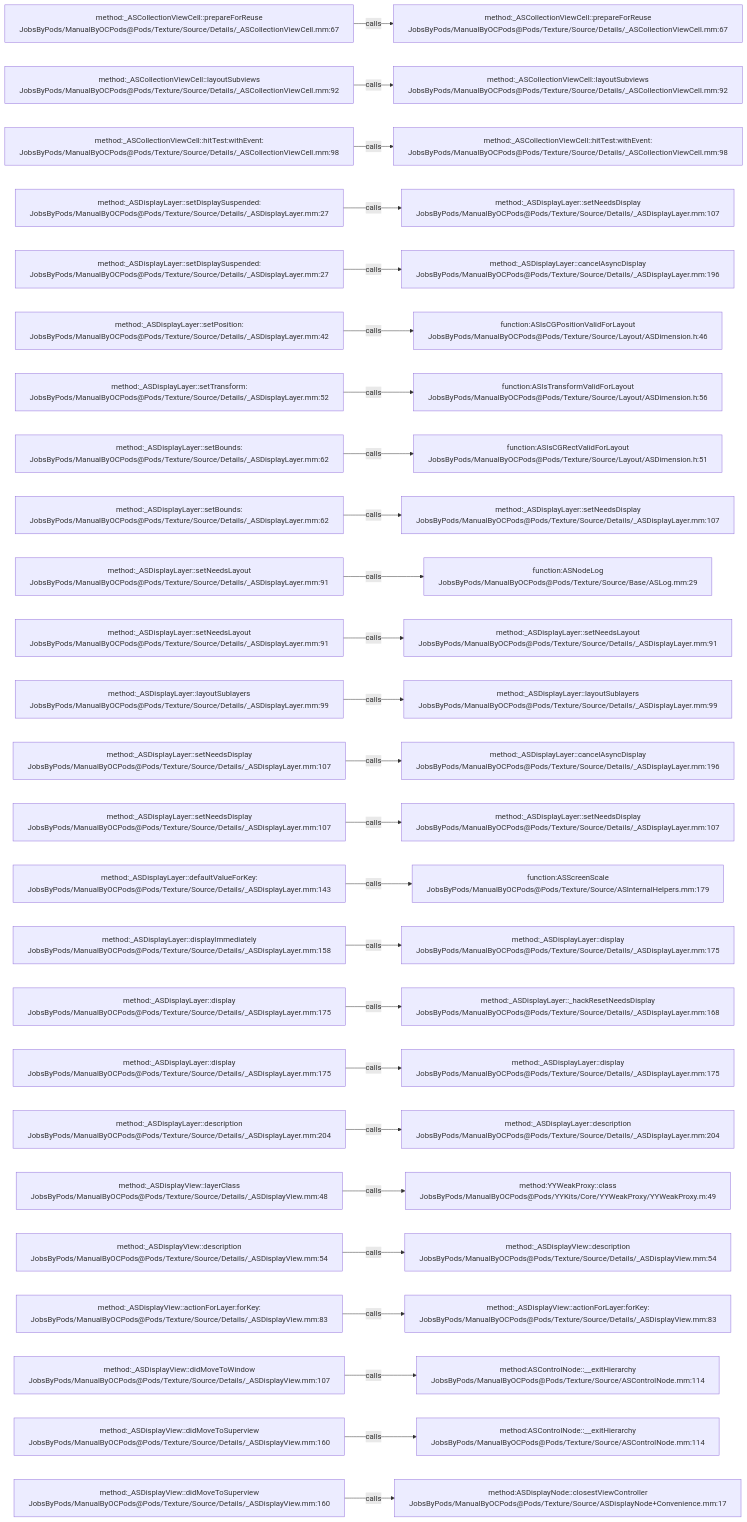
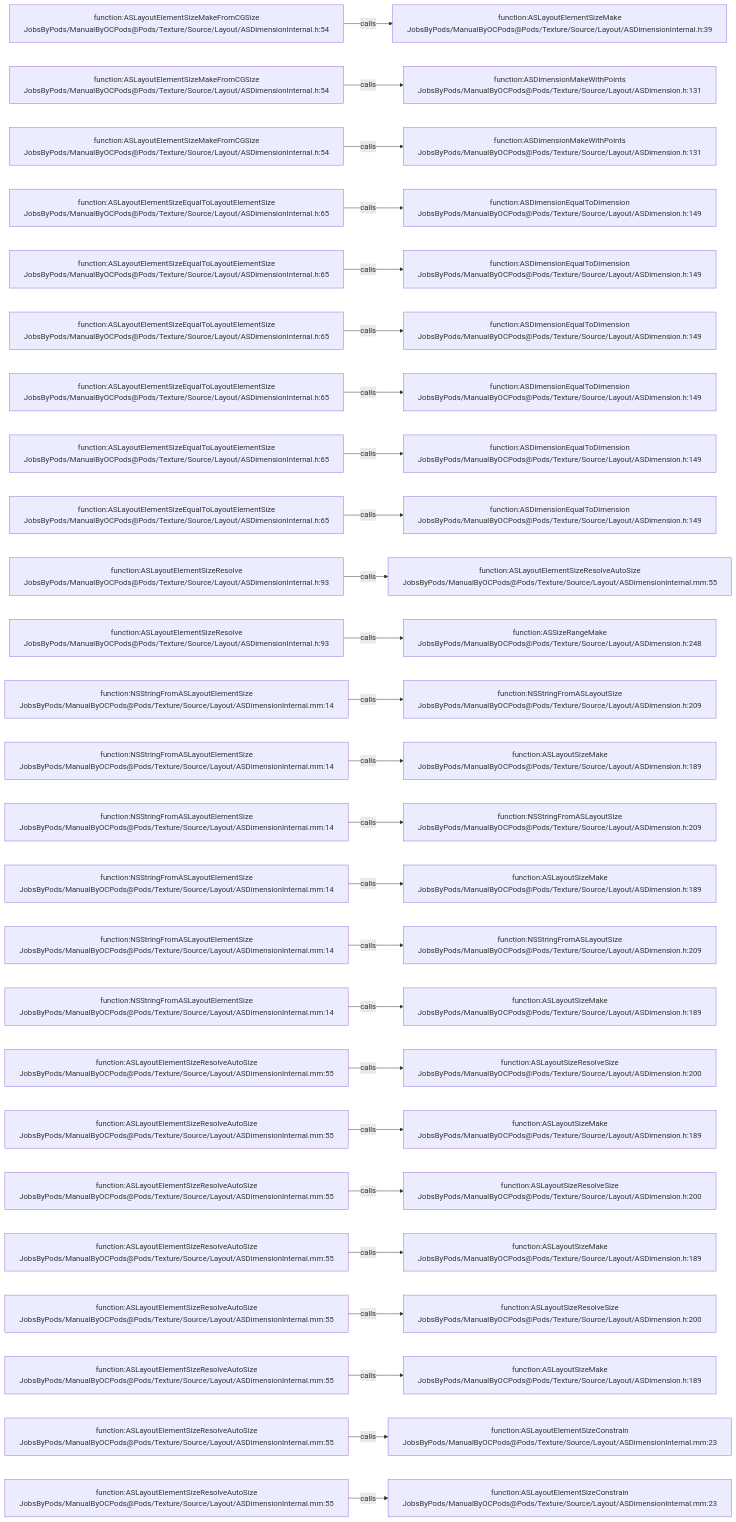
Before and after one commit to JobsKits/JobsOCBaseConfigDemo: the diagram in .codegraph/codegraph.md/graphs/calls-169.md, drawn with Mermaid. The commit also changed 1448 other files, not shown here.

````diff
--- a/.codegraph/codegraph.md/graphs/calls-169.md
+++ b/.codegraph/codegraph.md/graphs/calls-169.md
@@ -13,78 +13,78 @@
 ```mermaid
 flowchart LR
-  S1["method:_ASCollectionViewCell::prepareForReuse<br/>JobsByPods/ManualByOCPods@Pods/Texture/Source/Details/_ASCollectionViewCell.mm:67"]
-  T1["method:_ASCollectionViewCell::prepareForReuse<br/>JobsByPods/ManualByOCPods@Pods/Texture/Source/Details/_ASCollectionViewCell.mm:67"]
+  S1["function:ASLayoutElementSizeMakeFromCGSize<br/>JobsByPods/ManualByOCPods@Pods/Texture/Source/Layout/ASDimensionInternal.h:54"]
+  T1["function:ASLayoutElementSizeMake<br/>JobsByPods/ManualByOCPods@Pods/Texture/Source/Layout/ASDimensionInternal.h:39"]
   S1 -->|calls| T1
-  S2["method:_ASCollectionViewCell::layoutSubviews<br/>JobsByPods/ManualByOCPods@Pods/Texture/Source/Details/_ASCollectionViewCell.mm:92"]
-  T2["method:_ASCollectionViewCell::layoutSubviews<br/>JobsByPods/ManualByOCPods@Pods/Texture/Source/Details/_ASCollectionViewCell.mm:92"]
+  S2["function:ASLayoutElementSizeMakeFromCGSize<br/>JobsByPods/ManualByOCPods@Pods/Texture/Source/Layout/ASDimensionInternal.h:54"]
+  T2["function:ASDimensionMakeWithPoints<br/>JobsByPods/ManualByOCPods@Pods/Texture/Source/Layout/ASDimension.h:131"]
   S2 -->|calls| T2
-  S3["method:_ASCollectionViewCell::hitTest:withEvent:<br/>JobsByPods/ManualByOCPods@Pods/Texture/Source/Details/_ASCollectionViewCell.mm:98"]
-  T3["method:_ASCollectionViewCell::hitTest:withEvent:<br/>JobsByPods/ManualByOCPods@Pods/Texture/Source/Details/_ASCollectionViewCell.mm:98"]
+  S3["function:ASLayoutElementSizeMakeFromCGSize<br/>JobsByPods/ManualByOCPods@Pods/Texture/Source/Layout/ASDimensionInternal.h:54"]
+  T3["function:ASDimensionMakeWithPoints<br/>JobsByPods/ManualByOCPods@Pods/Texture/Source/Layout/ASDimension.h:131"]
   S3 -->|calls| T3
-  S4["method:_ASDisplayLayer::setDisplaySuspended:<br/>JobsByPods/ManualByOCPods@Pods/Texture/Source/Details/_ASDisplayLayer.mm:27"]
-  T4["method:_ASDisplayLayer::setNeedsDisplay<br/>JobsByPods/ManualByOCPods@Pods/Texture/Source/Details/_ASDisplayLayer.mm:107"]
+  S4["function:ASLayoutElementSizeEqualToLayoutElementSize<br/>JobsByPods/ManualByOCPods@Pods/Texture/Source/Layout/ASDimensionInternal.h:65"]
+  T4["function:ASDimensionEqualToDimension<br/>JobsByPods/ManualByOCPods@Pods/Texture/Source/Layout/ASDimension.h:149"]
   S4 -->|calls| T4
-  S5["method:_ASDisplayLayer::setDisplaySuspended:<br/>JobsByPods/ManualByOCPods@Pods/Texture/Source/Details/_ASDisplayLayer.mm:27"]
-  T5["method:_ASDisplayLayer::cancelAsyncDisplay<br/>JobsByPods/ManualByOCPods@Pods/Texture/Source/Details/_ASDisplayLayer.mm:196"]
+  S5["function:ASLayoutElementSizeEqualToLayoutElementSize<br/>JobsByPods/ManualByOCPods@Pods/Texture/Source/Layout/ASDimensionInternal.h:65"]
+  T5["function:ASDimensionEqualToDimension<br/>JobsByPods/ManualByOCPods@Pods/Texture/Source/Layout/ASDimension.h:149"]
   S5 -->|calls| T5
-  S6["method:_ASDisplayLayer::setPosition:<br/>JobsByPods/ManualByOCPods@Pods/Texture/Source/Details/_ASDisplayLayer.mm:42"]
-  T6["function:ASIsCGPositionValidForLayout<br/>JobsByPods/ManualByOCPods@Pods/Texture/Source/Layout/ASDimension.h:46"]
+  S6["function:ASLayoutElementSizeEqualToLayoutElementSize<br/>JobsByPods/ManualByOCPods@Pods/Texture/Source/Layout/ASDimensionInternal.h:65"]
+  T6["function:ASDimensionEqualToDimension<br/>JobsByPods/ManualByOCPods@Pods/Texture/Source/Layout/ASDimension.h:149"]
   S6 -->|calls| T6
-  S7["method:_ASDisplayLayer::setTransform:<br/>JobsByPods/ManualByOCPods@Pods/Texture/Source/Details/_ASDisplayLayer.mm:52"]
-  T7["function:ASIsTransformValidForLayout<br/>JobsByPods/ManualByOCPods@Pods/Texture/Source/Layout/ASDimension.h:56"]
+  S7["function:ASLayoutElementSizeEqualToLayoutElementSize<br/>JobsByPods/ManualByOCPods@Pods/Texture/Source/Layout/ASDimensionInternal.h:65"]
+  T7["function:ASDimensionEqualToDimension<br/>JobsByPods/ManualByOCPods@Pods/Texture/Source/Layout/ASDimension.h:149"]
   S7 -->|calls| T7
-  S8["method:_ASDisplayLayer::setBounds:<br/>JobsByPods/ManualByOCPods@Pods/Texture/Source/Details/_ASDisplayLayer.mm:62"]
-  T8["function:ASIsCGRectValidForLayout<br/>JobsByPods/ManualByOCPods@Pods/Texture/Source/Layout/ASDimension.h:51"]
+  S8["function:ASLayoutElementSizeEqualToLayoutElementSize<br/>JobsByPods/ManualByOCPods@Pods/Texture/Source/Layout/ASDimensionInternal.h:65"]
+  T8["function:ASDimensionEqualToDimension<br/>JobsByPods/ManualByOCPods@Pods/Texture/Source/Layout/ASDimension.h:149"]
   S8 -->|calls| T8
-  S9["method:_ASDisplayLayer::setBounds:<br/>JobsByPods/ManualByOCPods@Pods/Texture/Source/Details/_ASDisplayLayer.mm:62"]
-  T9["method:_ASDisplayLayer::setNeedsDisplay<br/>JobsByPods/ManualByOCPods@Pods/Texture/Source/Details/_ASDisplayLayer.mm:107"]
+  S9["function:ASLayoutElementSizeEqualToLayoutElementSize<br/>JobsByPods/ManualByOCPods@Pods/Texture/Source/Layout/ASDimensionInternal.h:65"]
+  T9["function:ASDimensionEqualToDimension<br/>JobsByPods/ManualByOCPods@Pods/Texture/Source/Layout/ASDimension.h:149"]
   S9 -->|calls| T9
-  S10["method:_ASDisplayLayer::setNeedsLayout<br/>JobsByPods/ManualByOCPods@Pods/Texture/Source/Details/_ASDisplayLayer.mm:91"]
-  T10["function:ASNodeLog<br/>JobsByPods/ManualByOCPods@Pods/Texture/Source/Base/ASLog.mm:29"]
+  S10["function:ASLayoutElementSizeResolve<br/>JobsByPods/ManualByOCPods@Pods/Texture/Source/Layout/ASDimensionInternal.h:93"]
+  T10["function:ASLayoutElementSizeResolveAutoSize<br/>JobsByPods/ManualByOCPods@Pods/Texture/Source/Layout/ASDimensionInternal.mm:55"]
   S10 -->|calls| T10
-  S11["method:_ASDisplayLayer::setNeedsLayout<br/>JobsByPods/ManualByOCPods@Pods/Texture/Source/Details/_ASDisplayLayer.mm:91"]
-  T11["method:_ASDisplayLayer::setNeedsLayout<br/>JobsByPods/ManualByOCPods@Pods/Texture/Source/Details/_ASDisplayLayer.mm:91"]
+  S11["function:ASLayoutElementSizeResolve<br/>JobsByPods/ManualByOCPods@Pods/Texture/Source/Layout/ASDimensionInternal.h:93"]
+  T11["function:ASSizeRangeMake<br/>JobsByPods/ManualByOCPods@Pods/Texture/Source/Layout/ASDimension.h:248"]
   S11 -->|calls| T11
-  S12["method:_ASDisplayLayer::layoutSublayers<br/>JobsByPods/ManualByOCPods@Pods/Texture/Source/Details/_ASDisplayLayer.mm:99"]
-  T12["method:_ASDisplayLayer::layoutSublayers<br/>JobsByPods/ManualByOCPods@Pods/Texture/Source/Details/_ASDisplayLayer.mm:99"]
+  S12["function:NSStringFromASLayoutElementSize<br/>JobsByPods/ManualByOCPods@Pods/Texture/Source/Layout/ASDimensionInternal.mm:14"]
+  T12["function:NSStringFromASLayoutSize<br/>JobsByPods/ManualByOCPods@Pods/Texture/Source/Layout/ASDimension.h:209"]
   S12 -->|calls| T12
-  S13["method:_ASDisplayLayer::setNeedsDisplay<br/>JobsByPods/ManualByOCPods@Pods/Texture/Source/Details/_ASDisplayLayer.mm:107"]
-  T13["method:_ASDisplayLayer::cancelAsyncDisplay<br/>JobsByPods/ManualByOCPods@Pods/Texture/Source/Details/_ASDisplayLayer.mm:196"]
+  S13["function:NSStringFromASLayoutElementSize<br/>JobsByPods/ManualByOCPods@Pods/Texture/Source/Layout/ASDimensionInternal.mm:14"]
+  T13["function:ASLayoutSizeMake<br/>JobsByPods/ManualByOCPods@Pods/Texture/Source/Layout/ASDimension.h:189"]
   S13 -->|calls| T13
-  S14["method:_ASDisplayLayer::setNeedsDisplay<br/>JobsByPods/ManualByOCPods@Pods/Texture/Source/Details/_ASDisplayLayer.mm:107"]
-  T14["method:_ASDisplayLayer::setNeedsDisplay<br/>JobsByPods/ManualByOCPods@Pods/Texture/Source/Details/_ASDisplayLayer.mm:107"]
+  S14["function:NSStringFromASLayoutElementSize<br/>JobsByPods/ManualByOCPods@Pods/Texture/Source/Layout/ASDimensionInternal.mm:14"]
+  T14["function:NSStringFromASLayoutSize<br/>JobsByPods/ManualByOCPods@Pods/Texture/Source/Layout/ASDimension.h:209"]
   S14 -->|calls| T14
-  S15["method:_ASDisplayLayer::defaultValueForKey:<br/>JobsByPods/ManualByOCPods@Pods/Texture/Source/Details/_ASDisplayLayer.mm:143"]
-  T15["function:ASScreenScale<br/>JobsByPods/ManualByOCPods@Pods/Texture/Source/ASInternalHelpers.mm:179"]
+  S15["function:NSStringFromASLayoutElementSize<br/>JobsByPods/ManualByOCPods@Pods/Texture/Source/Layout/ASDimensionInternal.mm:14"]
+  T15["function:ASLayoutSizeMake<br/>JobsByPods/ManualByOCPods@Pods/Texture/Source/Layout/ASDimension.h:189"]
   S15 -->|calls| T15
-  S16["method:_ASDisplayLayer::displayImmediately<br/>JobsByPods/ManualByOCPods@Pods/Texture/Source/Details/_ASDisplayLayer.mm:158"]
-  T16["method:_ASDisplayLayer::display<br/>JobsByPods/ManualByOCPods@Pods/Texture/Source/Details/_ASDisplayLayer.mm:175"]
+  S16["function:NSStringFromASLayoutElementSize<br/>JobsByPods/ManualByOCPods@Pods/Texture/Source/Layout/ASDimensionInternal.mm:14"]
+  T16["function:NSStringFromASLayoutSize<br/>JobsByPods/ManualByOCPods@Pods/Texture/Source/Layout/ASDimension.h:209"]
   S16 -->|calls| T16
-  S17["method:_ASDisplayLayer::display<br/>JobsByPods/ManualByOCPods@Pods/Texture/Source/Details/_ASDisplayLayer.mm:175"]
-  T17["method:_ASDisplayLayer::_hackResetNeedsDisplay<br/>JobsByPods/ManualByOCPods@Pods/Texture/Source/Details/_ASDisplayLayer.mm:168"]
+  S17["function:NSStringFromASLayoutElementSize<br/>JobsByPods/ManualByOCPods@Pods/Texture/Source/Layout/ASDimensionInternal.mm:14"]
+  T17["function:ASLayoutSizeMake<br/>JobsByPods/ManualByOCPods@Pods/Texture/Source/Layout/ASDimension.h:189"]
   S17 -->|calls| T17
-  S18["method:_ASDisplayLayer::display<br/>JobsByPods/ManualByOCPods@Pods/Texture/Source/Details/_ASDisplayLayer.mm:175"]
-  T18["method:_ASDisplayLayer::display<br/>JobsByPods/ManualByOCPods@Pods/Texture/Source/Details/_ASDisplayLayer.mm:175"]
+  S18["function:ASLayoutElementSizeResolveAutoSize<br/>JobsByPods/ManualByOCPods@Pods/Texture/Source/Layout/ASDimensionInternal.mm:55"]
+  T18["function:ASLayoutSizeResolveSize<br/>JobsByPods/ManualByOCPods@Pods/Texture/Source/Layout/ASDimension.h:200"]
   S18 -->|calls| T18
-  S19["method:_ASDisplayLayer::description<br/>JobsByPods/ManualByOCPods@Pods/Texture/Source/Details/_ASDisplayLayer.mm:204"]
-  T19["method:_ASDisplayLayer::description<br/>JobsByPods/ManualByOCPods@Pods/Texture/Source/Details/_ASDisplayLayer.mm:204"]
+  S19["function:ASLayoutElementSizeResolveAutoSize<br/>JobsByPods/ManualByOCPods@Pods/Texture/Source/Layout/ASDimensionInternal.mm:55"]
+  T19["function:ASLayoutSizeMake<br/>JobsByPods/ManualByOCPods@Pods/Texture/Source/Layout/ASDimension.h:189"]
   S19 -->|calls| T19
-  S20["method:_ASDisplayView::layerClass<br/>JobsByPods/ManualByOCPods@Pods/Texture/Source/Details/_ASDisplayView.mm:48"]
-  T20["method:YYWeakProxy::class<br/>JobsByPods/ManualByOCPods@Pods/YYKits/Core/YYWeakProxy/YYWeakProxy.m:49"]
+  S20["function:ASLayoutElementSizeResolveAutoSize<br/>JobsByPods/ManualByOCPods@Pods/Texture/Source/Layout/ASDimensionInternal.mm:55"]
+  T20["function:ASLayoutSizeResolveSize<br/>JobsByPods/ManualByOCPods@Pods/Texture/Source/Layout/ASDimension.h:200"]
   S20 -->|calls| T20
-  S21["method:_ASDisplayView::description<br/>JobsByPods/ManualByOCPods@Pods/Texture/Source/Details/_ASDisplayView.mm:54"]
-  T21["method:_ASDisplayView::description<br/>JobsByPods/ManualByOCPods@Pods/Texture/Source/Details/_ASDisplayView.mm:54"]
+  S21["function:ASLayoutElementSizeResolveAutoSize<br/>JobsByPods/ManualByOCPods@Pods/Texture/Source/Layout/ASDimensionInternal.mm:55"]
+  T21["function:ASLayoutSizeMake<br/>JobsByPods/ManualByOCPods@Pods/Texture/Source/Layout/ASDimension.h:189"]
   S21 -->|calls| T21
-  S22["method:_ASDisplayView::actionForLayer:forKey:<br/>JobsByPods/ManualByOCPods@Pods/Texture/Source/Details/_ASDisplayView.mm:83"]
-  T22["method:_ASDisplayView::actionForLayer:forKey:<br/>JobsByPods/ManualByOCPods@Pods/Texture/Source/Details/_ASDisplayView.mm:83"]
+  S22["function:ASLayoutElementSizeResolveAutoSize<br/>JobsByPods/ManualByOCPods@Pods/Texture/Source/Layout/ASDimensionInternal.mm:55"]
+  T22["function:ASLayoutSizeResolveSize<br/>JobsByPods/ManualByOCPods@Pods/Texture/Source/Layout/ASDimension.h:200"]
   S22 -->|calls| T22
-  S23["method:_ASDisplayView::didMoveToWindow<br/>JobsByPods/ManualByOCPods@Pods/Texture/Source/Details/_ASDisplayView.mm:107"]
-  T23["method:ASControlNode::__exitHierarchy<br/>JobsByPods/ManualByOCPods@Pods/Texture/Source/ASControlNode.mm:114"]
+  S23["function:ASLayoutElementSizeResolveAutoSize<br/>JobsByPods/ManualByOCPods@Pods/Texture/Source/Layout/ASDimensionInternal.mm:55"]
+  T23["function:ASLayoutSizeMake<br/>JobsByPods/ManualByOCPods@Pods/Texture/Source/Layout/ASDimension.h:189"]
   S23 -->|calls| T23
-  S24["method:_ASDisplayView::didMoveToSuperview<br/>JobsByPods/ManualByOCPods@Pods/Texture/Source/Details/_ASDisplayView.mm:160"]
-  T24["method:ASControlNode::__exitHierarchy<br/>JobsByPods/ManualByOCPods@Pods/Texture/Source/ASControlNode.mm:114"]
+  S24["function:ASLayoutElementSizeResolveAutoSize<br/>JobsByPods/ManualByOCPods@Pods/Texture/Source/Layout/ASDimensionInternal.mm:55"]
+  T24["function:ASLayoutElementSizeConstrain<br/>JobsByPods/ManualByOCPods@Pods/Texture/Source/Layout/ASDimensionInternal.mm:23"]
   S24 -->|calls| T24
-  S25["method:_ASDisplayView::didMoveToSuperview<br/>JobsByPods/ManualByOCPods@Pods/Texture/Source/Details/_ASDisplayView.mm:160"]
-  T25["method:ASDisplayNode::closestViewController<br/>JobsByPods/ManualByOCPods@Pods/Texture/Source/ASDisplayNode+Convenience.mm:17"]
+  S25["function:ASLayoutElementSizeResolveAutoSize<br/>JobsByPods/ManualByOCPods@Pods/Texture/Source/Layout/ASDimensionInternal.mm:55"]
+  T25["function:ASLayoutElementSizeConstrain<br/>JobsByPods/ManualByOCPods@Pods/Texture/Source/Layout/ASDimensionInternal.mm:23"]
   S25 -->|calls| T25
 ```
````
